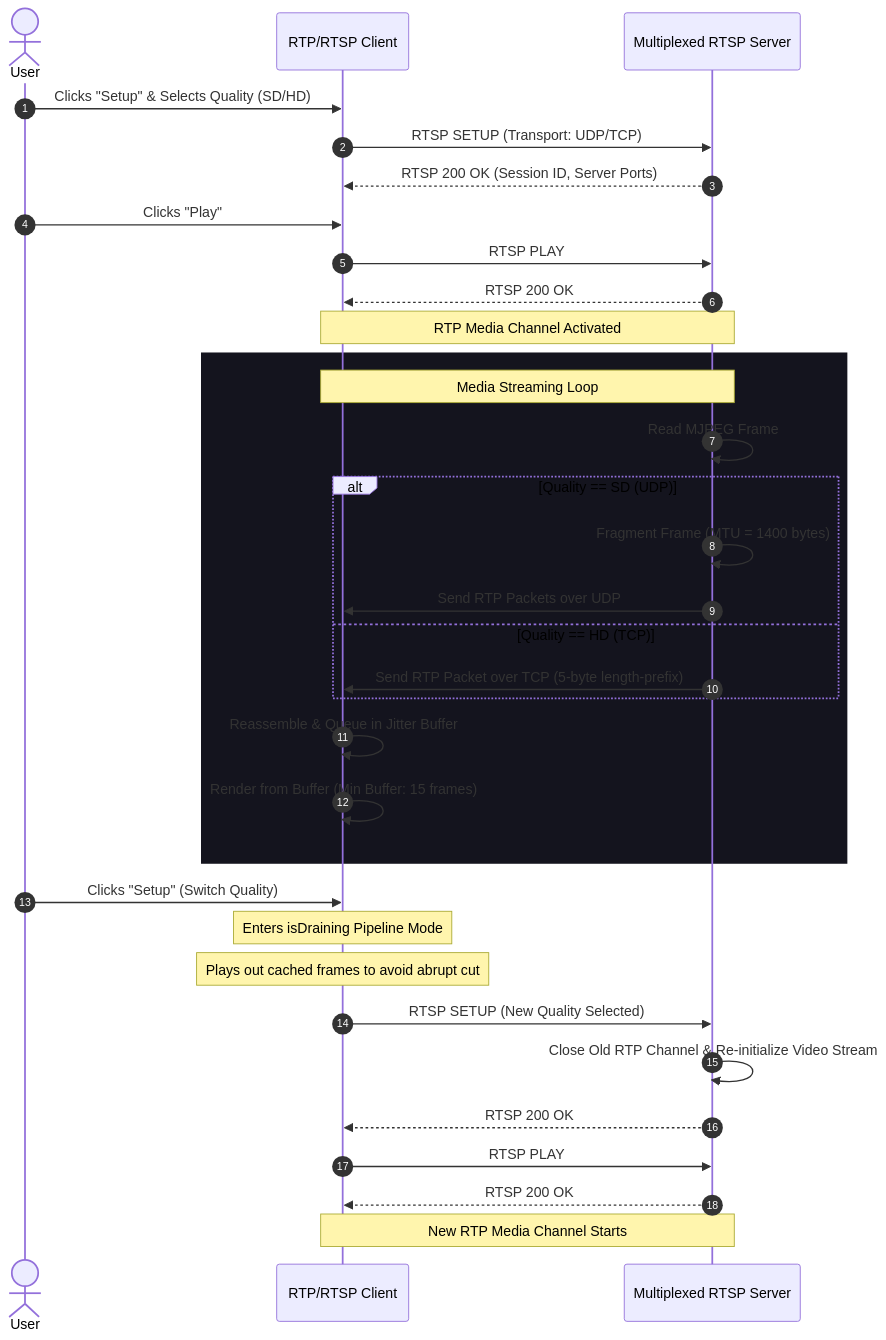
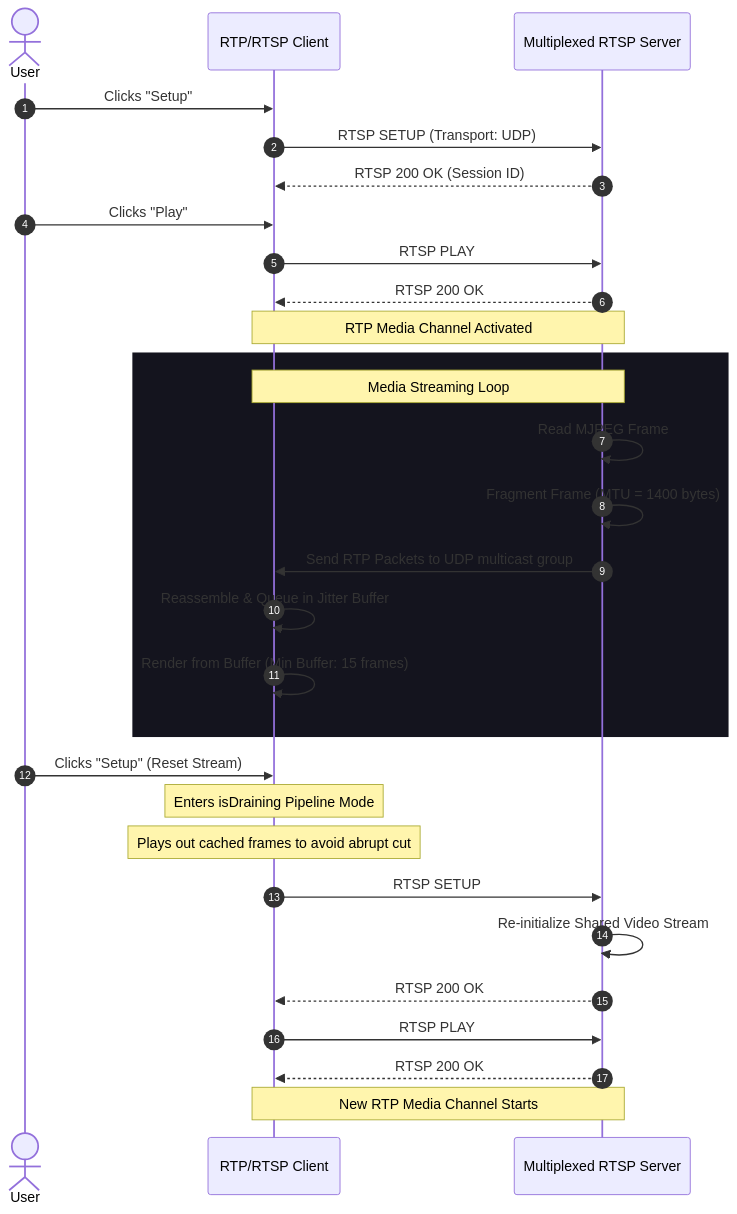
One commit to InfiniteVoidLoop/video_streaming changed the diagram in README.md. Above: the diagram before and after it, drawn with Mermaid. The commit also changed other lines of this file and 1 other file, not shown here.

Commit message:
ui: simplify transport selection for multicast

````diff
--- a/README.md
+++ b/README.md
@@ -32,39 +30,35 @@
 ```mermaid
 sequenceDiagram
     autonumber
     actor User
     participant Client as RTP/RTSP Client
     participant Server as Multiplexed RTSP Server
 
-    User->>Client: Clicks "Setup" & Selects Quality (SD/HD)
-    Client->>Server: RTSP SETUP (Transport: UDP/TCP)
-    Server-->>Client: RTSP 200 OK (Session ID, Server Ports)
+    User->>Client: Clicks "Setup"
+    Client->>Server: RTSP SETUP (Transport: UDP)
+    Server-->>Client: RTSP 200 OK (Session ID)
     
     User->>Client: Clicks "Play"
     Client->>Server: RTSP PLAY
     Server-->>Client: RTSP 200 OK
     Note over Server, Client: RTP Media Channel Activated
     
     rect rgb(20, 20, 30)
         Note over Server, Client: Media Streaming Loop
         Server->>Server: Read MJPEG Frame
-        alt Quality == SD (UDP)
-            Server->>Server: Fragment Frame (MTU = 1400 bytes)
-            Server->>Client: Send RTP Packets over UDP
-        else Quality == HD (TCP)
-            Server->>Client: Send RTP Packet over TCP (5-byte length-prefix)
-        end
+        Server->>Server: Fragment Frame (MTU = 1400 bytes)
+        Server->>Client: Send RTP Packets to UDP multicast group
         Client->>Client: Reassemble & Queue in Jitter Buffer
         Client->>Client: Render from Buffer (Min Buffer: 15 frames)
     end
 
-    User->>Client: Clicks "Setup" (Switch Quality)
+    User->>Client: Clicks "Setup" (Reset Stream)
     Note over Client: Enters isDraining Pipeline Mode
     Note over Client: Plays out cached frames to avoid abrupt cut
-    Client->>Server: RTSP SETUP (New Quality Selected)
-    Server->>Server: Close Old RTP Channel & Re-initialize Video Stream
+    Client->>Server: RTSP SETUP
+    Server->>Server: Re-initialize Shared Video Stream
     Server-->>Client: RTSP 200 OK
     Client->>Server: RTSP PLAY
     Server-->>Client: RTSP 200 OK
     Note over Server, Client: New RTP Media Channel Starts
 ```
````
